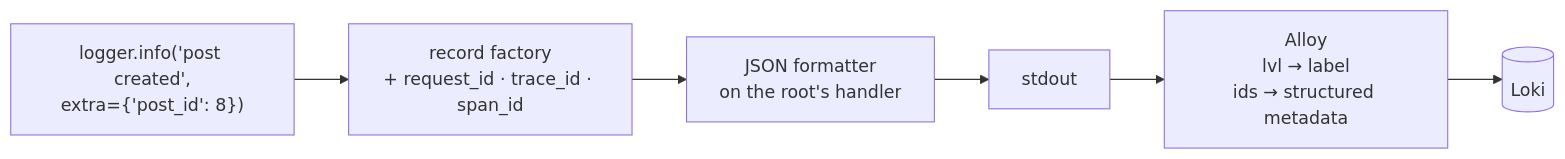
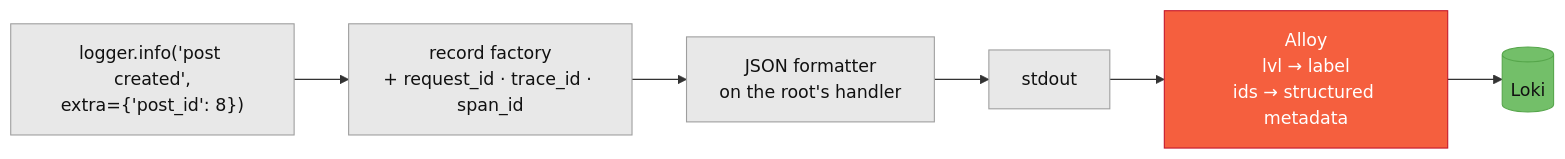
The fifth of 5 diagrams in README.md (eugeneliukindev/fastapi-observatory), drawn with Mermaid before and after one commit. The commit also changed other lines of this file and 13 other files, not shown here.

````diff
--- a/README.md
+++ b/README.md
@@ -321,10 +353,21 @@
 ```mermaid
 flowchart LR
     record["logger.info('post created',<br/>extra={'post_id': 8})"]
     factory["record factory<br/>+ request_id · trace_id · span_id"]
     fmt["JSON formatter<br/>on the root's handler"]
     out["stdout"]
     alloy["Alloy<br/>lvl → label<br/>ids → structured metadata"]
     loki[("Loki")]
     record --> factory --> fmt --> out --> alloy --> loki
+
+    classDef metrics fill:#B877D9,stroke:#8F3BB8,color:#111
+    classDef logs fill:#73BF69,stroke:#56A64B,color:#111
+    classDef traces fill:#5794F2,stroke:#3274D9,color:#111
+    classDef profiles fill:#FF9830,stroke:#FA6400,color:#111
+    classDef collector fill:#F55F3E,stroke:#C4162A,color:#fff
+    classDef ui fill:#F46800,stroke:#C34F00,color:#fff
+    classDef source fill:#E8E8E8,stroke:#9E9E9E,color:#111
+    class loki logs
+    class alloy collector
+    class record,factory,fmt,out source
 ```
````
